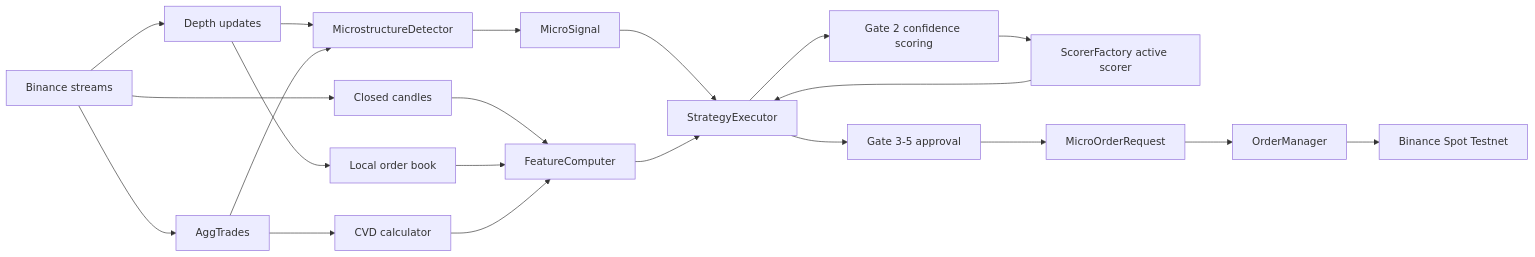
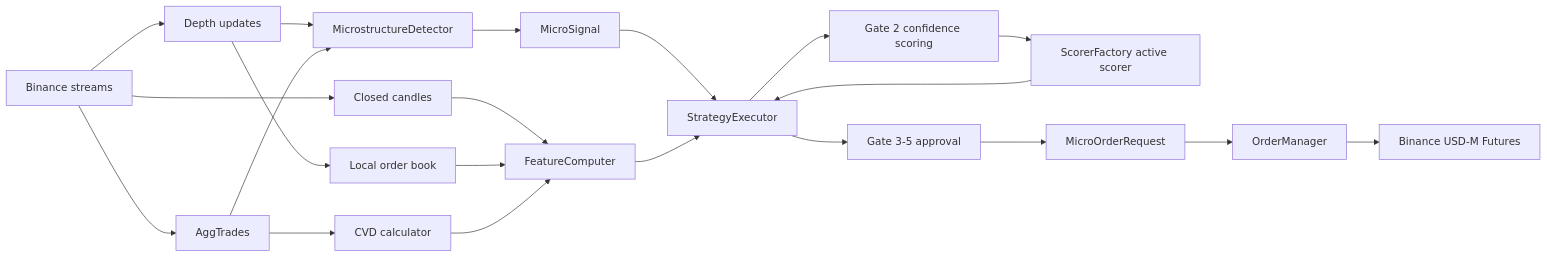
Before and after one commit to changjulian17/QF635_project: the first of 3 diagrams in documentation/model.md, drawn with Mermaid. The commit also changed other lines of this file and 32 other files, not shown here.

````diff
--- a/documentation/model.md
+++ b/documentation/model.md
@@ -11,25 +11,25 @@
 ```mermaid
 flowchart LR
     EX[Binance streams] --> DEPTH[Depth updates]
     EX --> TRADES[AggTrades]
     EX --> CANDLES[Closed candles]
 
     DEPTH --> LOB[Local order book]
     DEPTH --> MS[MicrostructureDetector]
     TRADES --> CVD[CVD calculator]
     TRADES --> MS
     CANDLES --> FC[FeatureComputer]
     LOB --> FC
     CVD --> FC
 
     MS --> SIG[MicroSignal]
     SIG --> EXEC[StrategyExecutor]
     FC --> EXEC
     EXEC --> G2[Gate 2 confidence scoring]
     G2 --> SCORER[ScorerFactory active scorer]
     SCORER --> EXEC
     EXEC --> G345[Gate 3-5 approval]
     G345 --> REQ[MicroOrderRequest]
     REQ --> OM[OrderManager]
-    OM --> TESTNET[Binance Spot Testnet]
+    OM --> FUTURES[Binance USD-M Futures]
 ```
````
